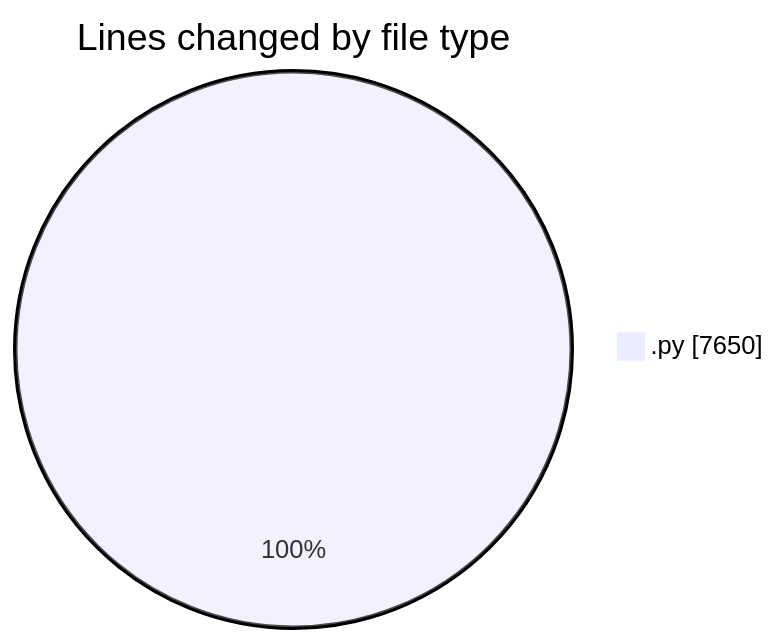
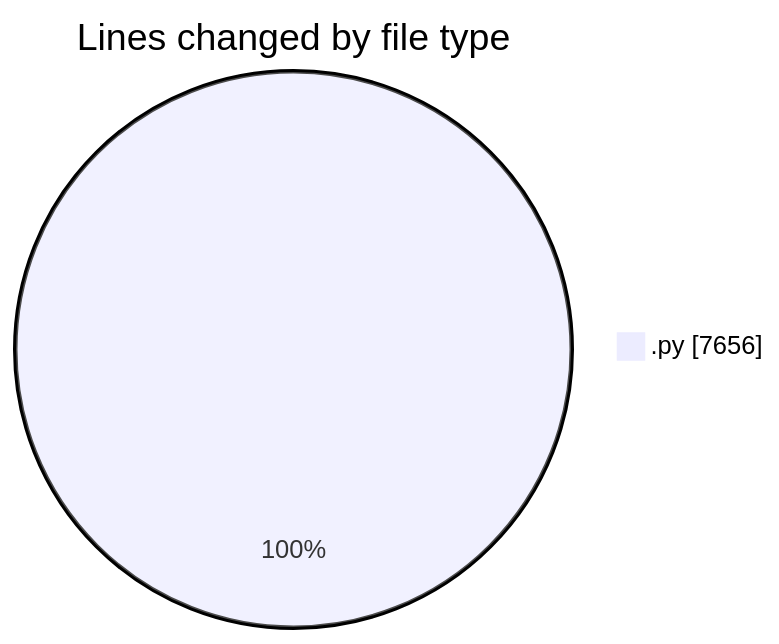
Before and after one commit to MatusMokan/code-tracking: the first of 2 diagrams in 2025-04-18/myws__workspace_/README.md, drawn with Mermaid. The commit also changed other lines of this file and 1 other file, not shown here.

````diff
--- a/2025-04-18/myws__workspace_/README.md
+++ b/2025-04-18/myws__workspace_/README.md
@@ -25,5 +25,5 @@
 ```mermaid
 pie showData
 title Lines changed by file type
-".py" : 7650
+".py" : 7656
 ```
````
